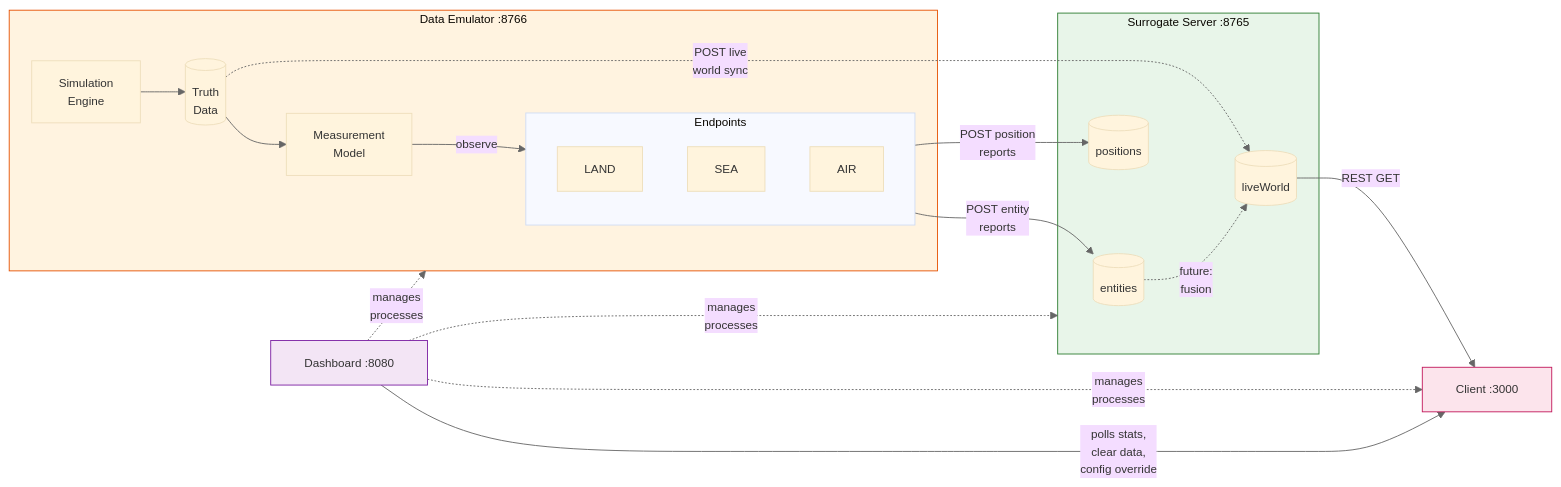
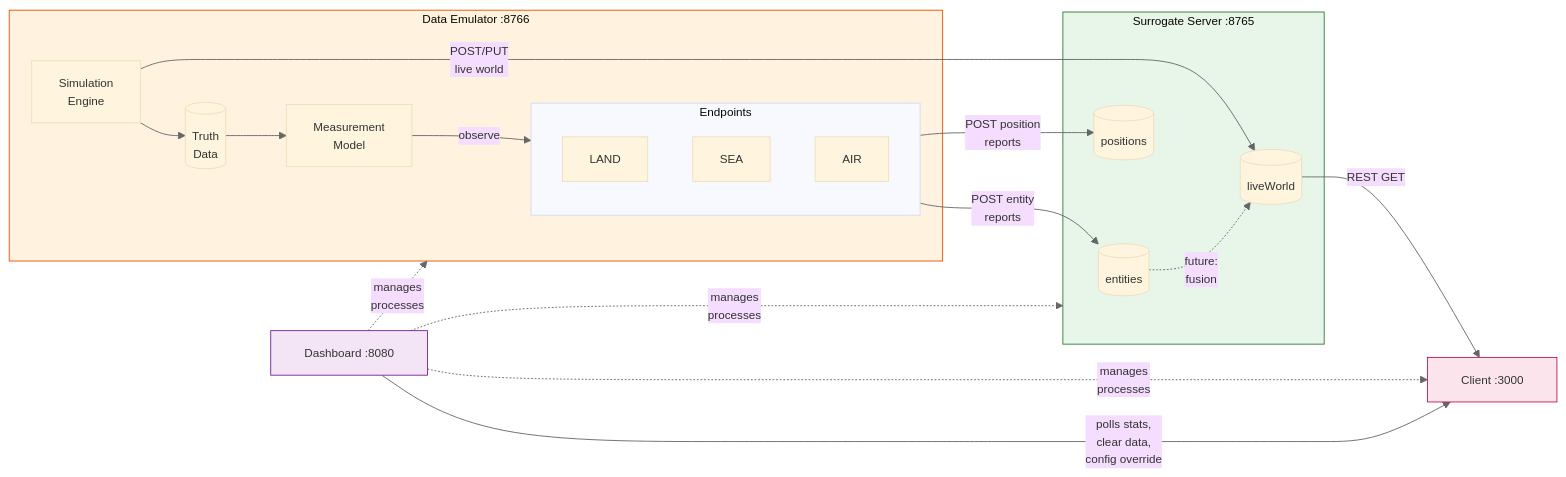
The first of 2 diagrams in docs/system-architecture-diagram.md (ericpauls/disco_workspace), drawn with Mermaid before and after one commit. The commit also changed other lines of this file and 2 other files, not shown here.

First line of the commit message:
feat: POST/PUT live world pattern and update submodule + docs

````diff
--- a/docs/system-architecture-diagram.md
+++ b/docs/system-architecture-diagram.md
@@ -7,46 +7,46 @@
 ```mermaid
 %%{init: {'theme': 'base', 'themeVariables': { 'lineColor': '#666', 'fontSize': '13px'}}}%%
 flowchart LR
     subgraph emu["&nbsp;&nbsp;Data Emulator :8766&nbsp;&nbsp;"]
         sim["Simulation<br/>Engine"]
         truth[("Truth<br/>Data")]
         mm["Measurement<br/>Model"]
         subgraph eps["Endpoints"]
             ep1["LAND"]
             ep2["SEA"]
             ep3["AIR"]
         end
         sim --> truth
         truth --> mm
         mm -->|observe| eps
     end
 
     subgraph srv["&nbsp;&nbsp;Surrogate Server :8765&nbsp;&nbsp;"]
         ent[("entities")]
         pos[("positions")]
         lw[("liveWorld")]
     end
 
     ui["&nbsp;&nbsp;Client :3000&nbsp;&nbsp;"]
     dash["&nbsp;&nbsp;Dashboard :8080&nbsp;&nbsp;"]
 
     eps -->|POST entity<br/>reports| ent
     eps -->|POST position<br/>reports| pos
-    truth -.->|POST live<br/>world sync| lw
+    sim -->|POST/PUT<br/>live world| lw
     ent -.->|future:<br/>fusion| lw
     lw -->|REST GET| ui
     dash -.->|manages<br/>processes| emu
     dash -.->|manages<br/>processes| srv
     dash -.->|manages<br/>processes| ui
     dash -->|polls stats,<br/>clear data,<br/>config override| ui
 
     classDef emuStyle fill:#fff3e0,stroke:#e65100
     classDef srvStyle fill:#e8f5e9,stroke:#2e7d32
     classDef uiStyle fill:#fce4ec,stroke:#c2185b
     classDef dashStyle fill:#f3e5f5,stroke:#7b1fa2
 
     class emu emuStyle
     class srv srvStyle
     class ui uiStyle
     class dash dashStyle
 ```
````
